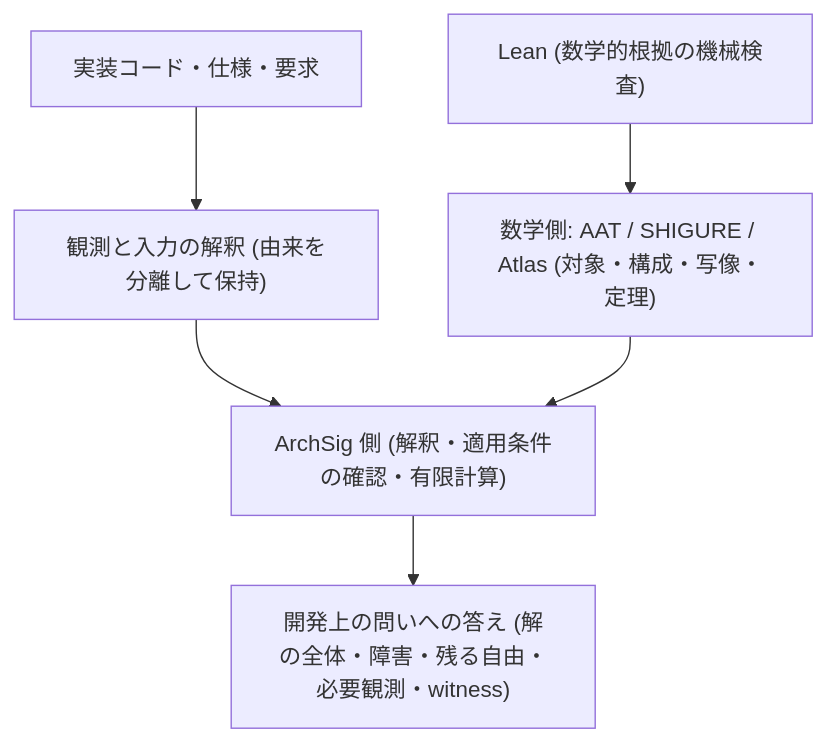
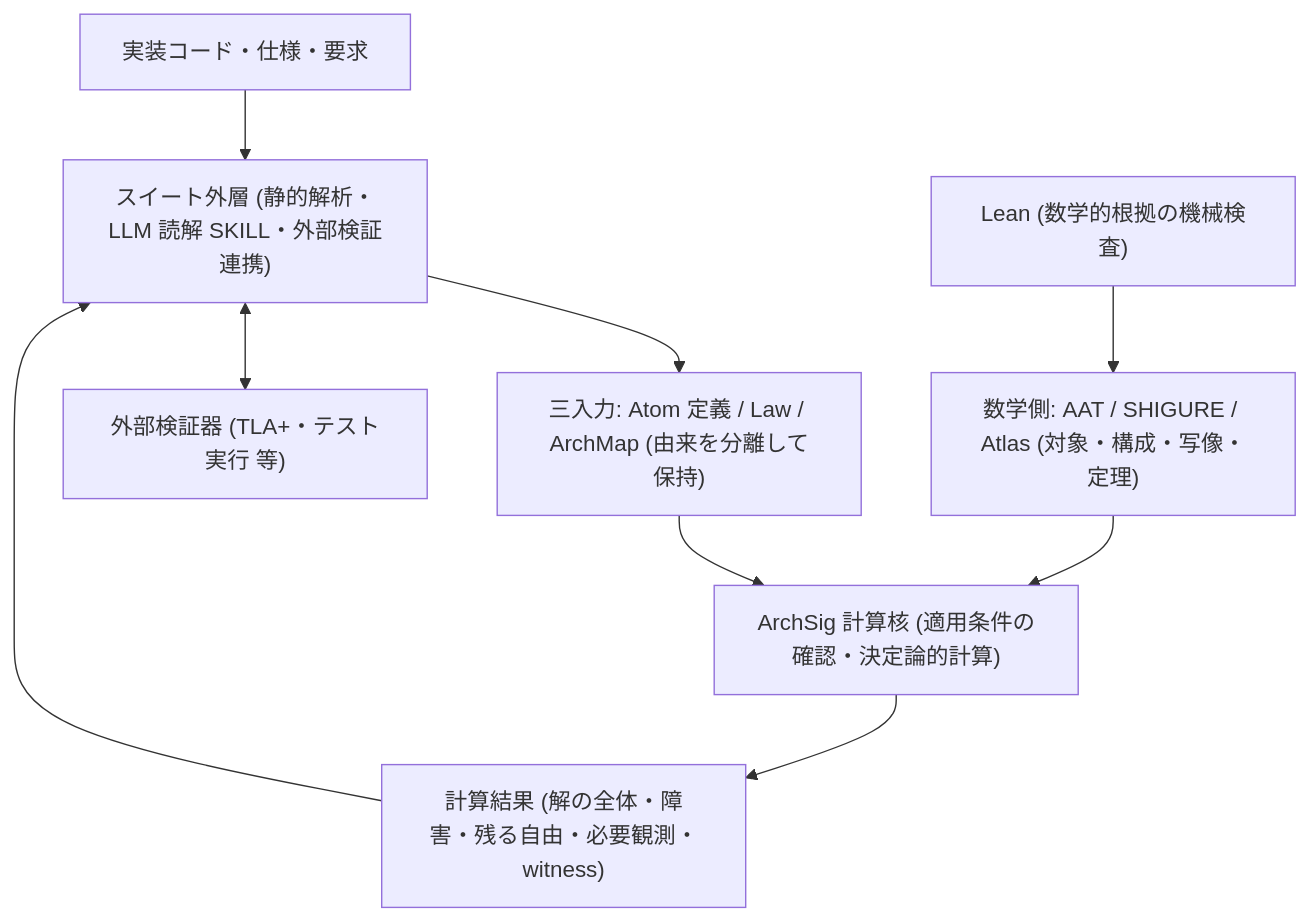
One commit to iroha1203/AlgebraicArchitectureTheoryV2 changed the first of 2 diagrams in docs/note/n1021_unified_tool_suite_rising_sea.md. Above: the diagram before and after it, drawn with Mermaid. The commit also changed other lines of this file, not shown here.

````diff
--- a/docs/note/n1021_unified_tool_suite_rising_sea.md
+++ b/docs/note/n1021_unified_tool_suite_rising_sea.md
@@ -54,8 +59,11 @@
 ```mermaid
 flowchart TB
-  Code["実装コード・仕様・要求"] --> Obs["観測と入力の解釈 (由来を分離して保持)"]
-  Obs --> ArchSig["ArchSig 側 (解釈・適用条件の確認・有限計算)"]
-  Math["数学側: AAT / SHIGURE / Atlas (対象・構成・写像・定理)"] --> ArchSig
+  Code["実装コード・仕様・要求"] --> Outer["スイート外層 (静的解析・LLM 読解 SKILL・外部検証連携)"]
+  Outer --> Triad["三入力: Atom 定義 / Law / ArchMap (由来を分離して保持)"]
+  Triad --> Core["ArchSig 計算核 (適用条件の確認・決定論的計算)"]
+  Math["数学側: AAT / SHIGURE / Atlas (対象・構成・写像・定理)"] --> Core
   Lean["Lean (数学的根拠の機械検査)"] --> Math
-  ArchSig --> Ans["開発上の問いへの答え (解の全体・障害・残る自由・必要観測・witness)"]
+  Core --> Out["計算結果 (解の全体・障害・残る自由・必要観測・witness)"]
+  Out --> Outer
+  Outer <--> Ext["外部検証器 (TLA+・テスト実行 等)"]
 ```
````
